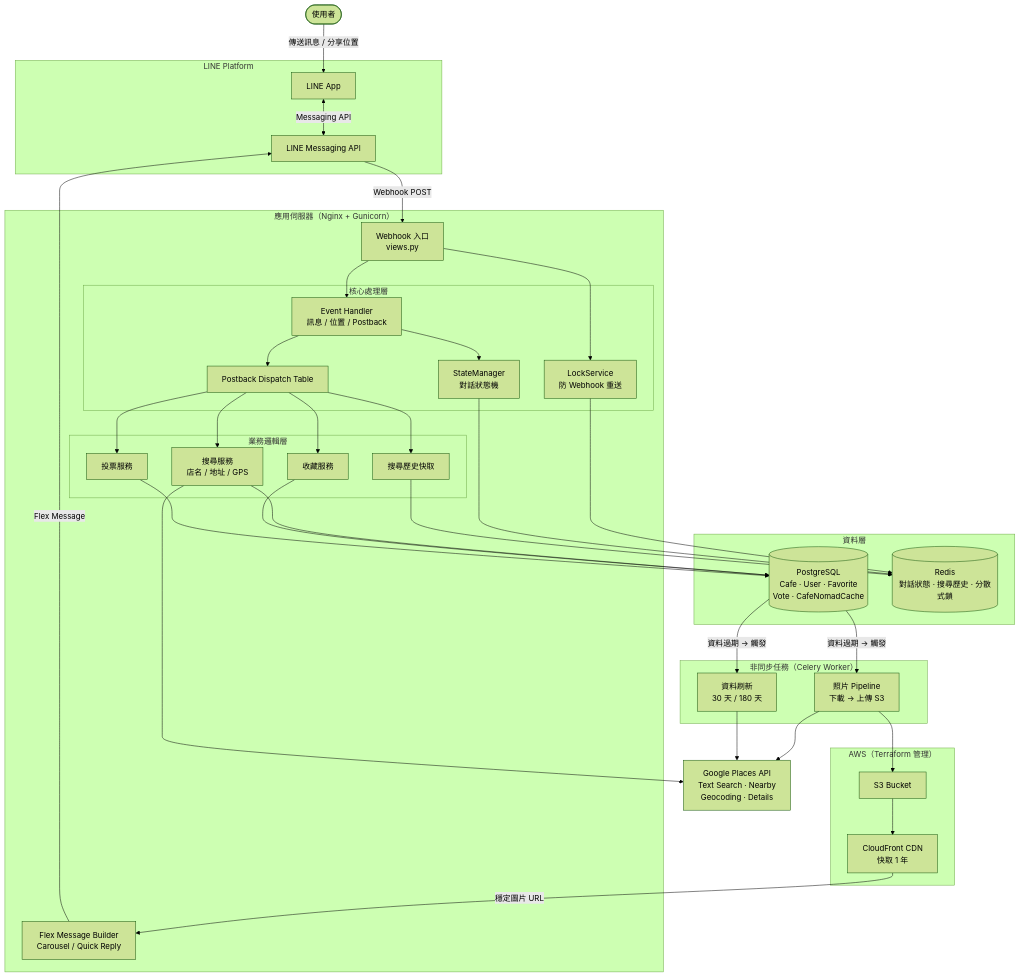
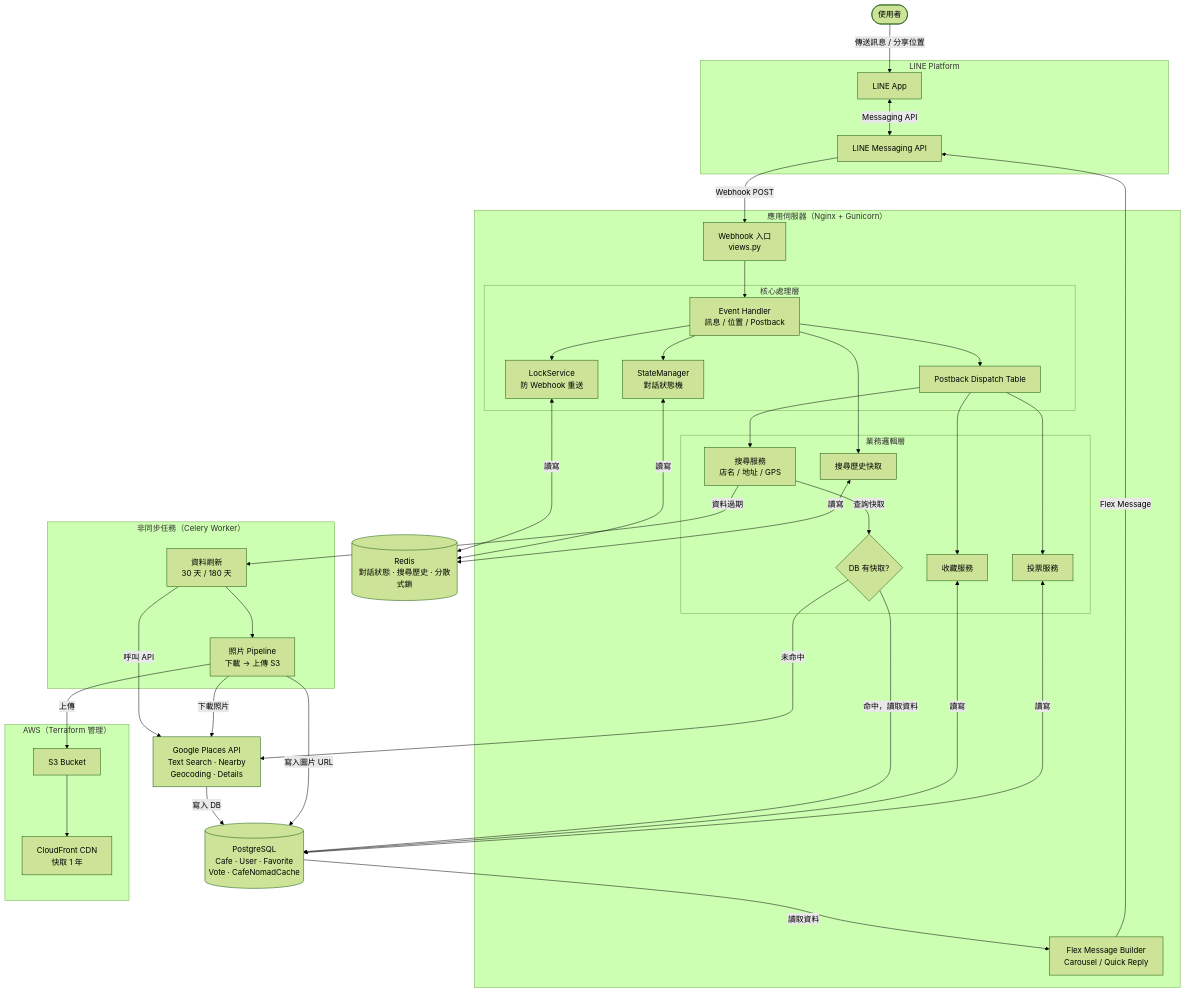
One commit to KK-Huang86/Find-Coffee changed the diagram in README.md. Above: the diagram before and after it, drawn with Mermaid (forest theme).

Commit message:
doc: update READEME img v2

````diff
--- a/README.md
+++ b/README.md
@@ -53,62 +53,68 @@
 ```mermaid
 graph TB
     User([使用者])
 
     subgraph LINE["LINE Platform"]
         LINEAPP[LINE App]
         LINEAPI[LINE Messaging API]
     end
 
     subgraph AppServer["應用伺服器（Nginx + Gunicorn）"]
         Webhook["Webhook 入口\nviews.py"]
 
         subgraph Core["核心處理層"]
             Lock["LockService\n防 Webhook 重送"]
             EventHandler["Event Handler\n訊息 / 位置 / Postback"]
             State["StateManager\n對話狀態機"]
             Dispatch["Postback Dispatch Table"]
         end
 
         subgraph Services["業務邏輯層"]
             SearchSvc["搜尋服務\n店名 / 地址 / GPS"]
             FavSvc["收藏服務"]
             VoteSvc["投票服務"]
             SearchCache["搜尋歷史快取"]
+            DBCheck{DB 有快取?}
         end
 
         FlexBuilder["Flex Message Builder\nCarousel / Quick Reply"]
     end
 
-    subgraph DataLayer["資料層"]
-        PG[("PostgreSQL\nCafe · User · Favorite\nVote · CafeNomadCache")]
-        Redis[("Redis\n對話狀態 · 搜尋歷史 · 分散式鎖")]
-    end
+    Redis[("Redis\n對話狀態 · 搜尋歷史 · 分散式鎖")]
+
+    PG[("PostgreSQL\nCafe · User · Favorite\nVote · CafeNomadCache")]
 
     subgraph Celery["非同步任務（Celery Worker）"]
         PhotoTask["照片 Pipeline\n下載 → 上傳 S3"]
         RefreshTask["資料刷新\n30 天 / 180 天"]
     end
 
     GoogleAPI["Google Places API\nText Search · Nearby\nGeocoding · Details"]
 
     subgraph AWS["AWS（Terraform 管理）"]
         S3["S3 Bucket"]
         CF["CloudFront CDN\n快取 1 年"]
     end
 
     User -->|傳送訊息 / 分享位置| LINEAPP
     LINEAPP <-->|Messaging API| LINEAPI
     LINEAPI -->|Webhook POST| Webhook
-    Webhook --> Lock & EventHandler
-    EventHandler --> State & Dispatch
-    Lock & State & SearchCache --> Redis
-    Dispatch --> SearchSvc & FavSvc & VoteSvc & SearchCache
-    SearchSvc --> GoogleAPI
-    SearchSvc & FavSvc & VoteSvc --> PG
-    PG -->|資料過期 → 觸發| PhotoTask & RefreshTask
-    PhotoTask & RefreshTask --> GoogleAPI
-    PhotoTask --> S3
+    Webhook --> EventHandler
+    EventHandler --> Lock & State & Dispatch & SearchCache
+    Lock & State & SearchCache <-->|讀寫| Redis
+    Dispatch --> SearchSvc & FavSvc & VoteSvc
+    SearchSvc -->|查詢快取| DBCheck
+    DBCheck -->|命中，讀取資料| PG
+    DBCheck -->|未命中| GoogleAPI
+    GoogleAPI -->|寫入 DB| PG
+    PG -->|讀取資料| FlexBuilder
+    FavSvc & VoteSvc <-->|讀寫| PG
+    SearchSvc -->|資料過期| RefreshTask
+    RefreshTask -->|呼叫 API| GoogleAPI
+    RefreshTask --> PhotoTask
+    PhotoTask -->|下載照片| GoogleAPI
+    PhotoTask -->|上傳| S3
     S3 --> CF
-    CF -->|穩定圖片 URL| FlexBuilder
+    PhotoTask -->|寫入圖片 URL| PG
     FlexBuilder -->|Flex Message| LINEAPI
 ```
````
